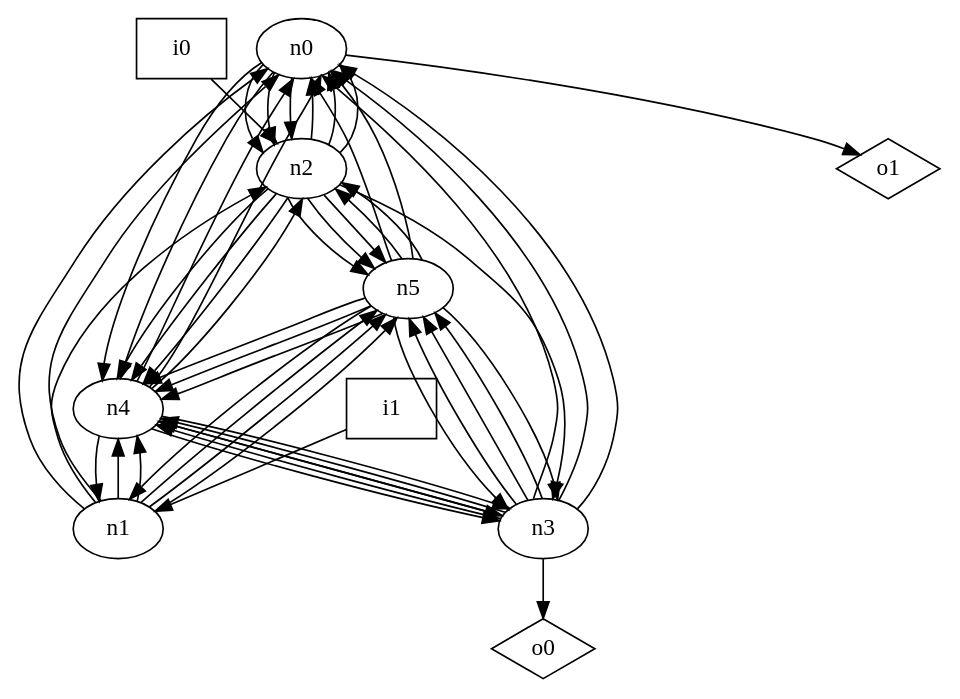
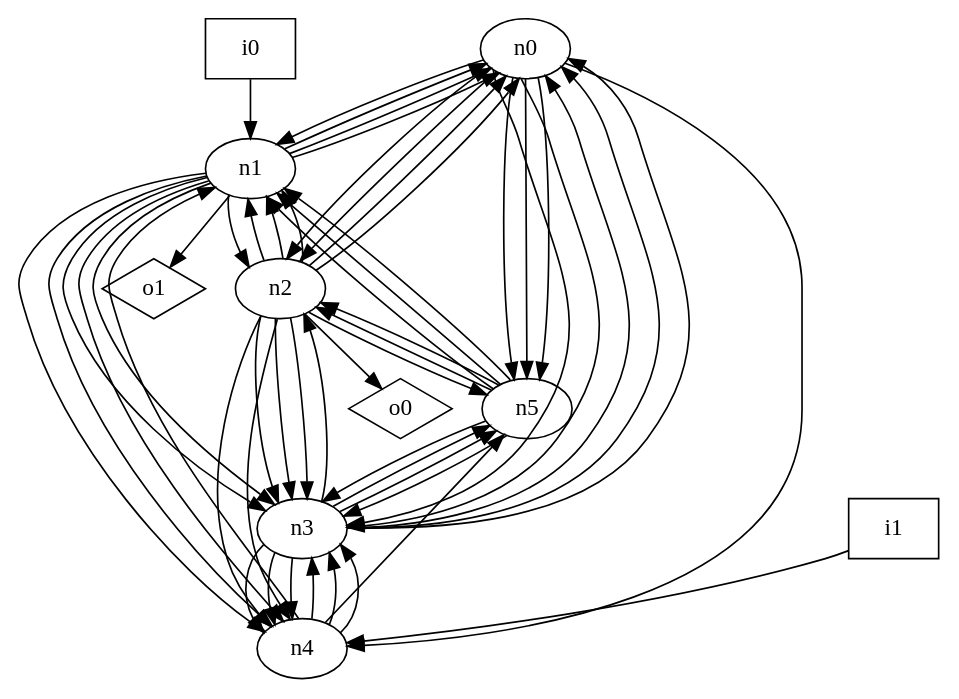
The diagram in dot_files/random/random_loop_free_graph.dot (p9romain/bool-circuits), drawn with Graphviz before and after one commit. The commit also changed 23 other files, not shown here.

```diff
--- a/dot_files/random/random_loop_free_graph.dot
+++ b/dot_files/random/random_loop_free_graph.dot
@@ -1,65 +1,66 @@
 digraph G {
 n0 [label="n0"];
 n1 [label="n1"];
 n2 [label="n2"];
 n3 [label="n3"];
 n4 [label="n4"];
 n5 [label="n5"];
 n6 [label="i0",shape="box"];
 n7 [label="i1",shape="box"];
 n8 [label="o0",shape="diamond"];
 n9 [label="o1",shape="diamond"];
+n0 -> n1
 n0 -> n2
 n0 -> n2
-n0 -> n2
+n0 -> n3
+n0 -> n3
 n0 -> n4
-n0 -> n4
-n0 -> n9
+n0 -> n5
+n0 -> n5
+n0 -> n5
+n1 -> n0
 n1 -> n0
 n1 -> n0
 n1 -> n2
+n1 -> n3
+n1 -> n3
 n1 -> n4
 n1 -> n4
-n1 -> n5
-n1 -> n5
-n1 -> n5
+n1 -> n4
+n1 -> n9
 n2 -> n0
 n2 -> n0
-n2 -> n0
+n2 -> n1
+n2 -> n1
+n2 -> n1
+n2 -> n3
+n2 -> n3
 n2 -> n3
 n2 -> n4
 n2 -> n4
-n2 -> n4
 n2 -> n5
-n2 -> n5
-n2 -> n5
+n2 -> n8
 n3 -> n0
 n3 -> n0
 n3 -> n0
+n3 -> n2
 n3 -> n4
 n3 -> n4
 n3 -> n4
 n3 -> n5
 n3 -> n5
-n3 -> n5
-n3 -> n8
-n4 -> n0
-n4 -> n0
 n4 -> n1
-n4 -> n2
 n4 -> n3
 n4 -> n3
 n4 -> n3
-n5 -> n0
-n5 -> n0
+n4 -> n5
+n5 -> n1
+n5 -> n1
 n5 -> n1
 n5 -> n2
 n5 -> n2
 n5 -> n3
 n5 -> n3
-n5 -> n4
-n5 -> n4
-n5 -> n4
-n6 -> n2
-n7 -> n1
+n6 -> n1
+n7 -> n4
 }
```
